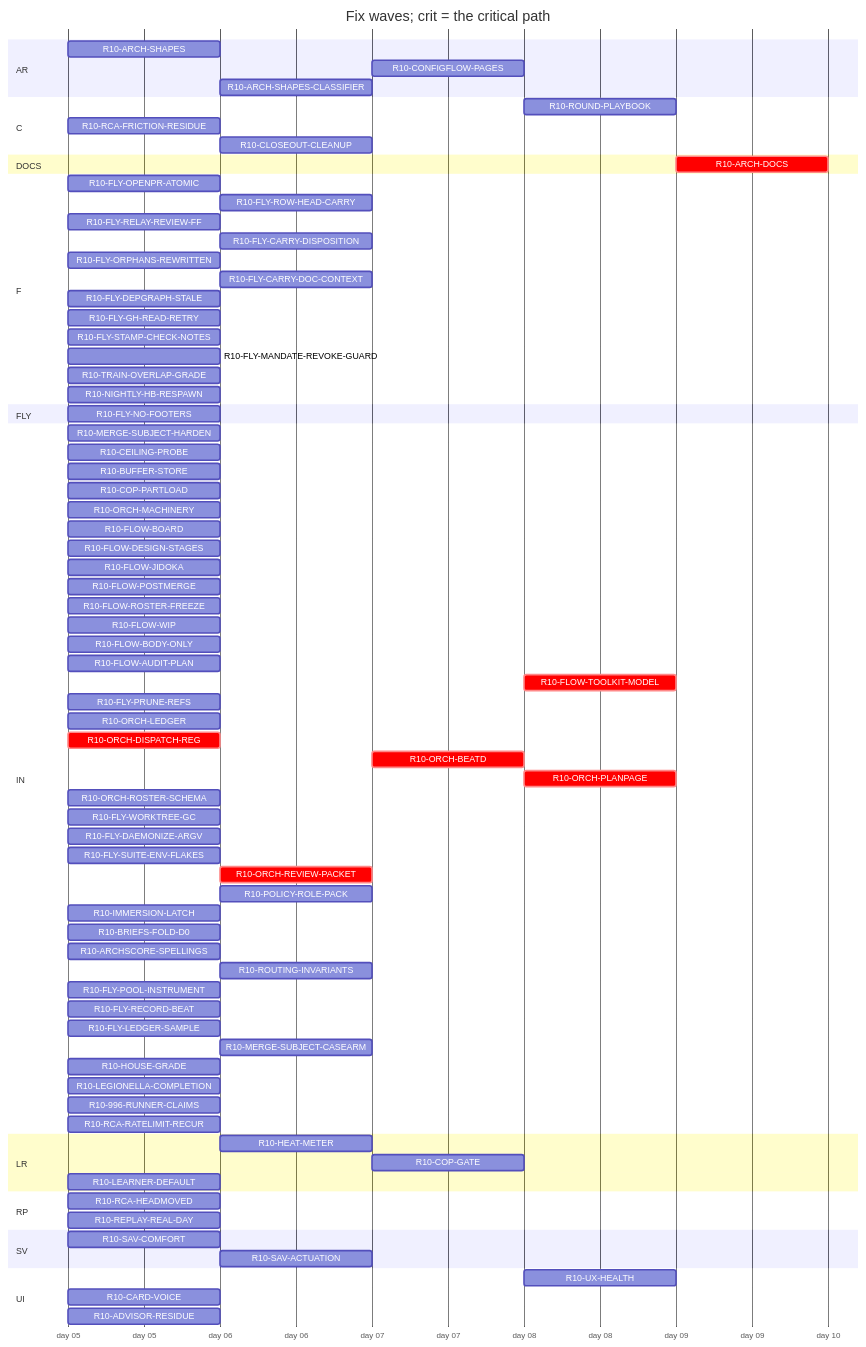
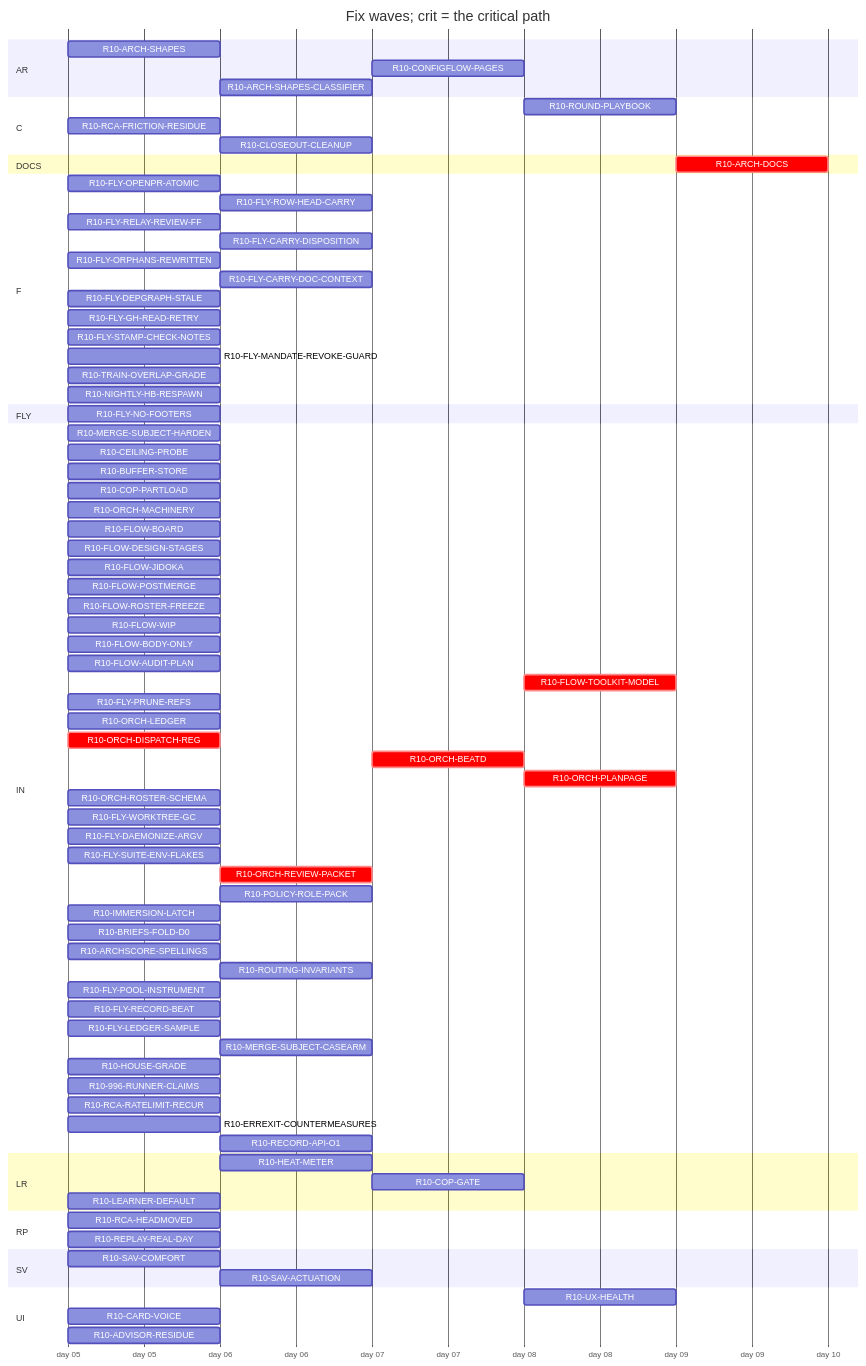
Before and after one commit to tvofi/heatpump_optimizer: the diagram in handoff/round10/state/PLAN-TABLE.md, drawn with Mermaid. The commit also changed other lines of this file and 2 other files, not shown here.

```diff
--- a/handoff/round10/state/PLAN-TABLE.md
+++ b/handoff/round10/state/PLAN-TABLE.md
@@ -34,7 +34,7 @@
     R10-RCA-FRICTION-RESIDUE :r10RCAFRICTIONRESIDUE, 2026-01-05, 1d
     R10-CLOSEOUT-CLEANUP :r10CLOSEOUTCLEANUP, after r10FLYPRUNEREFS r10FLYWORKTREEGC, 1d
   section DOCS
-    R10-ARCH-DOCS :crit, r10ARCHDOCS, after r10ARCHSHAPES r10HEATMETER r10COPGATE r10UXHEALTH r10CONFIGFLOWPAGES r10RCAHEADMOVED r10SAVCOMFORT r10MERGESUBJECTHARDEN r10CEILINGPROBE r10BUFFERSTORE r10COPPARTLOAD r10CARDVOICE r10LEARNERDEFAULT r10FLOWBOARD r10FLOWDESIGNSTAGES r10FLOWJIDOKA r10FLOWPOSTMERGE r10FLOWROSTERFREEZE r10FLOWWIP r10FLOWBODYONLY r10FLYOPENPRATOMIC r10FLYROWHEADCARRY r10FLOWAUDITPLAN r10FLYRELAYREVIEWFF r10FLYCARRYDISPOSITION r10FLYORPHANSREWRITTEN r10FLYCARRYDOCCONTEXT r10FLYDEPGRAPHSTALE r10FLOWTOOLKITMODEL r10FLYSTAMPCHECKNOTES r10FLYMANDATEREVOKEGUARD r10RCAFRICTIONRESIDUE r10TRAINOVERLAPGRADE r10NIGHTLYHBRESPAWN r10FLYPRUNEREFS r10ORCHLEDGER r10ORCHDISPATCHREG r10ORCHBEATD r10ORCHPLANPAGE r10ORCHROSTERSCHEMA r10FLYWORKTREEGC r10FLYDAEMONIZEARGV r10ORCHREVIEWPACKET r10POLICYROLEPACK r10IMMERSIONLATCH r10ADVISORRESIDUE r10BRIEFSFOLDD0 r10REPLAYREALDAY r10ARCHSCORESPELLINGS r10SAVACTUATION r10FLYLEDGERSAMPLE r10LEGIONELLACOMPLETION, 1d
+    R10-ARCH-DOCS :crit, r10ARCHDOCS, after r10ARCHSHAPES r10HEATMETER r10COPGATE r10UXHEALTH r10CONFIGFLOWPAGES r10RCAHEADMOVED r10SAVCOMFORT r10MERGESUBJECTHARDEN r10CEILINGPROBE r10BUFFERSTORE r10COPPARTLOAD r10CARDVOICE r10LEARNERDEFAULT r10FLOWBOARD r10FLOWDESIGNSTAGES r10FLOWJIDOKA r10FLOWPOSTMERGE r10FLOWROSTERFREEZE r10FLOWWIP r10FLOWBODYONLY r10FLYOPENPRATOMIC r10FLYROWHEADCARRY r10FLOWAUDITPLAN r10FLYRELAYREVIEWFF r10FLYCARRYDISPOSITION r10FLYORPHANSREWRITTEN r10FLYCARRYDOCCONTEXT r10FLYDEPGRAPHSTALE r10FLOWTOOLKITMODEL r10FLYSTAMPCHECKNOTES r10FLYMANDATEREVOKEGUARD r10RCAFRICTIONRESIDUE r10TRAINOVERLAPGRADE r10NIGHTLYHBRESPAWN r10FLYPRUNEREFS r10ORCHLEDGER r10ORCHDISPATCHREG r10ORCHBEATD r10ORCHPLANPAGE r10ORCHROSTERSCHEMA r10FLYWORKTREEGC r10FLYDAEMONIZEARGV r10ORCHREVIEWPACKET r10POLICYROLEPACK r10IMMERSIONLATCH r10ADVISORRESIDUE r10BRIEFSFOLDD0 r10REPLAYREALDAY r10ARCHSCORESPELLINGS r10SAVACTUATION r10FLYLEDGERSAMPLE, 1d
   section F
     R10-FLY-OPENPR-ATOMIC :r10FLYOPENPRATOMIC, 2026-01-05, 1d
     R10-FLY-ROW-HEAD-CARRY :r10FLYROWHEADCARRY, after r10FLYOPENPRATOMIC, 1d
@@ -85,9 +85,10 @@
     R10-FLY-LEDGER-SAMPLE :r10FLYLEDGERSAMPLE, 2026-01-05, 1d
     R10-MERGE-SUBJECT-CASEARM :r10MERGESUBJECTCASEARM, after r10MERGESUBJECTHARDEN, 1d
     R10-HOUSE-GRADE :r10HOUSEGRADE, 2026-01-05, 1d
-    R10-LEGIONELLA-COMPLETION :r10LEGIONELLACOMPLETION, 2026-01-05, 1d
     R10-996-RUNNER-CLAIMS :r10996RUNNERCLAIMS, 2026-01-05, 1d
     R10-RCA-RATELIMIT-RECUR :r10RCARATELIMITRECUR, 2026-01-05, 1d
+    R10-ERREXIT-COUNTERMEASURES :r10ERREXITCOUNTERMEASURES, 2026-01-05, 1d
+    R10-RECORD-API-O1 :r10RECORDAPIO1, after r10RCARATELIMITRECUR, 1d
   section LR
     R10-HEAT-METER :r10HEATMETER, after r10ARCHSHAPES, 1d
     R10-COP-GATE :r10COPGATE, after r10HEATMETER, 1d
```
